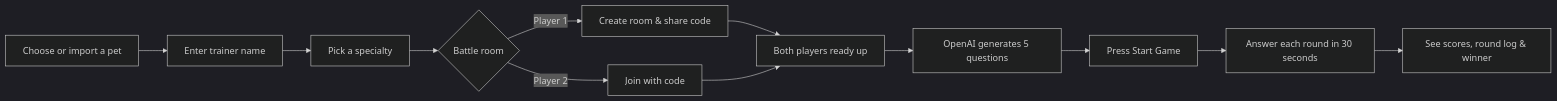
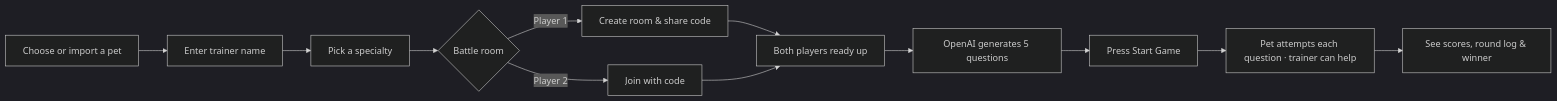
One commit to ankushop2/Codexeum changed the first of 2 diagrams in README.md. Above: the diagram before and after it, drawn with Mermaid (dark theme). The commit also changed other lines of this file and 5 other files, not shown here.

Commit message:
Add autonomous pet turns and trainer assists

````diff
--- a/README.md
+++ b/README.md
@@ -29,14 +29,14 @@
 ```mermaid
 flowchart LR
     A[Choose or import a pet] --> B[Enter trainer name]
     B --> C[Pick a specialty]
     C --> D{Battle room}
     D -->|Player 1| E[Create room & share code]
     D -->|Player 2| F[Join with code]
     E --> R[Both players ready up]
     F --> R
     R --> G[OpenAI generates 5 questions]
     G --> S[Press Start Game]
-    S --> H[Answer each round in 30 seconds]
+    S --> H[Pet attempts each question · trainer can help]
     H --> I[See scores, round log & winner]
 ```
````
